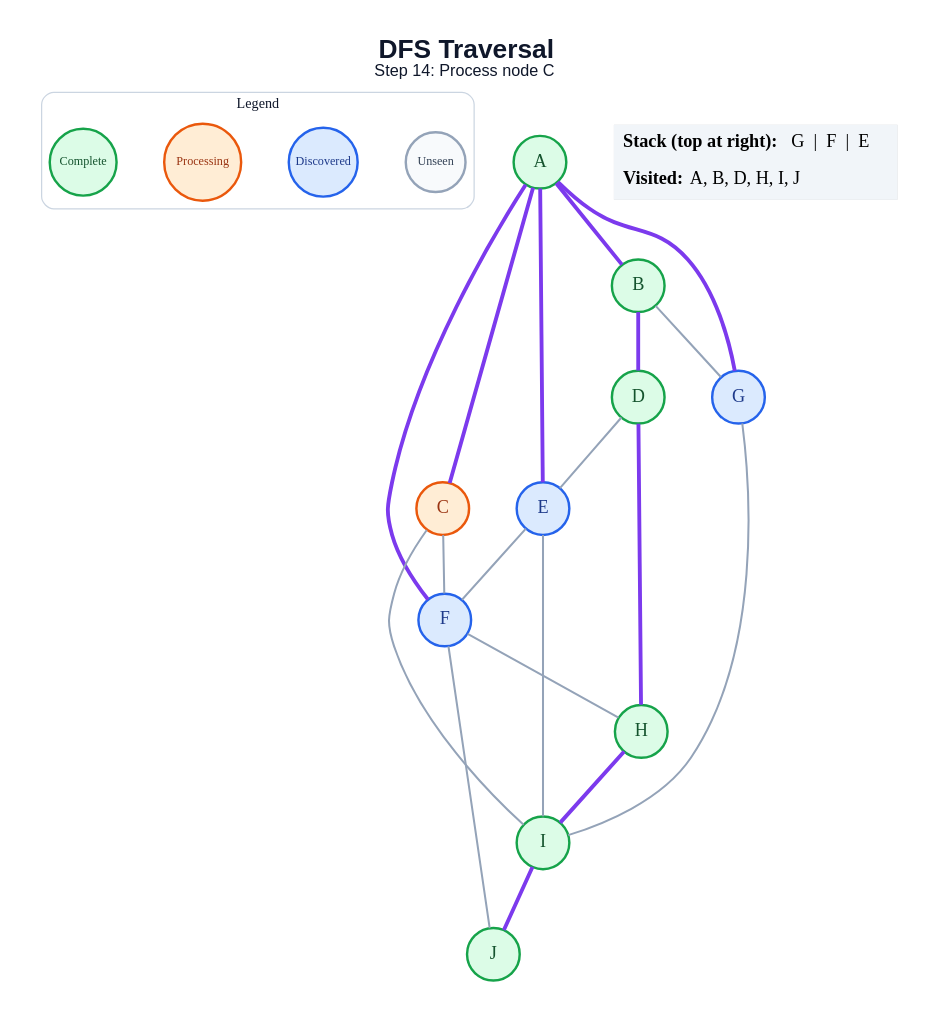
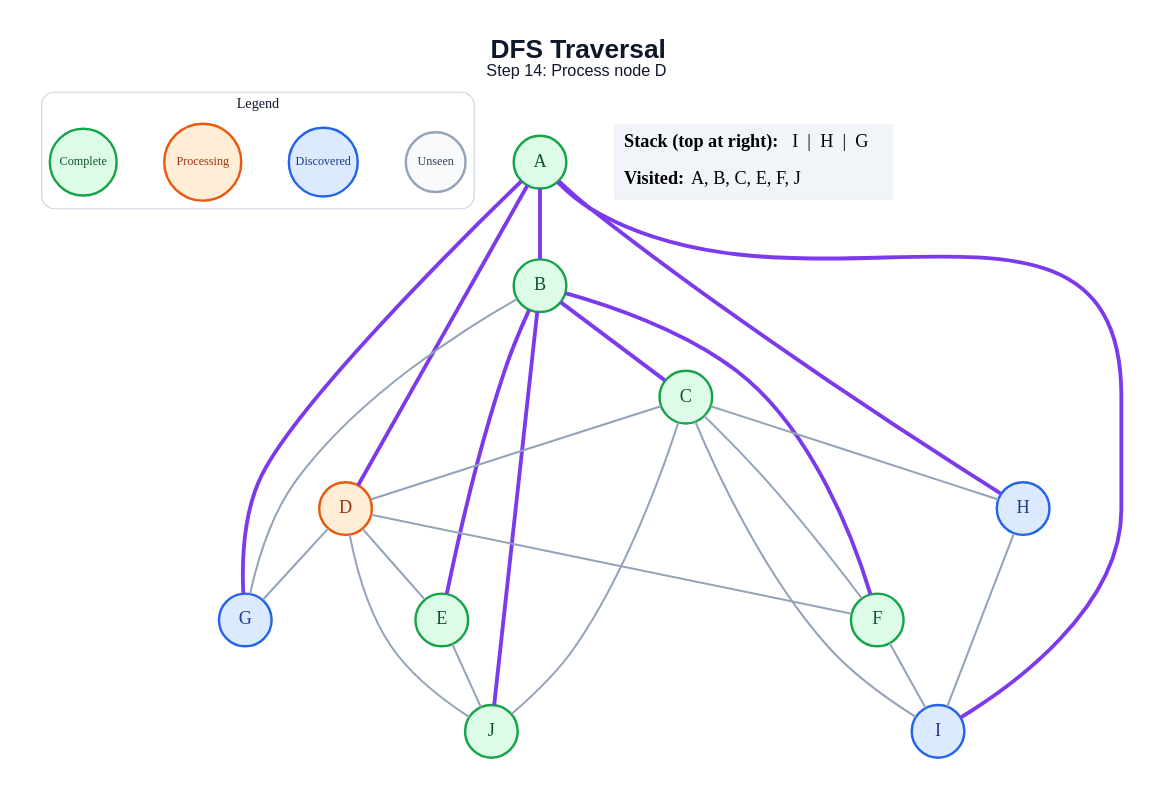
Before and after one commit to amanghodawala9/ai-slop: the diagram in generated/dfs/step_14.dot, drawn with Graphviz. The commit also changed 178 other files, not shown here.

```diff
--- a/generated/dfs/step_14.dot
+++ b/generated/dfs/step_14.dot
@@ -1,47 +1,51 @@
 graph traversal {
   graph [layout=dot, rankdir=TB, bgcolor="#FFFFFF", pad="0.35", nodesep="0.65", ranksep="0.8", fontname="Arial"];
   node [shape=circle, style="filled", fontname="Arial Bold", fontsize=18, width=0.72, fixedsize=true, penwidth=2.4];
   edge [color="#94A3B8", penwidth=2.0];
-  label=<<B>DFS Traversal</B><BR/><FONT POINT-SIZE="16">Step 14: Process node C</FONT>>; labelloc="t"; fontsize=26; fontname="Arial"; fontcolor="#0F172A";
+  label=<<B>DFS Traversal</B><BR/><FONT POINT-SIZE="16">Step 14: Process node D</FONT>>; labelloc="t"; fontsize=26; fontname="Arial"; fontcolor="#0F172A";
   subgraph cluster_legend { label="Legend"; color="#CBD5E1"; penwidth=1.2; style="rounded"; fontsize=14; fontname="Arial Bold";
     key_unseen [label="Unseen", fillcolor="#F8FAFC", color="#94A3B8", fontcolor="#334155", fontsize=12, width=0.82];
     key_frontier [label="Discovered", fillcolor="#DBEAFE", color="#2563EB", fontcolor="#1E3A8A", fontsize=12, width=0.95];
     key_current [label="Processing", fillcolor="#FFEDD5", color="#EA580C", fontcolor="#9A3412", fontsize=12, width=1.05];
     key_done [label="Complete", fillcolor="#DCFCE7", color="#16A34A", fontcolor="#14532D", fontsize=12, width=0.92];
     { rank=same; key_unseen; key_frontier; key_current; key_done; }
   }
   A [fillcolor="#DCFCE7", color="#16A34A", fontcolor="#14532D"];
   B [fillcolor="#DCFCE7", color="#16A34A", fontcolor="#14532D"];
-  C [fillcolor="#FFEDD5", color="#EA580C", fontcolor="#9A3412"];
-  D [fillcolor="#DCFCE7", color="#16A34A", fontcolor="#14532D"];
-  E [fillcolor="#DBEAFE", color="#2563EB", fontcolor="#1E3A8A"];
-  F [fillcolor="#DBEAFE", color="#2563EB", fontcolor="#1E3A8A"];
+  C [fillcolor="#DCFCE7", color="#16A34A", fontcolor="#14532D"];
+  D [fillcolor="#FFEDD5", color="#EA580C", fontcolor="#9A3412"];
+  E [fillcolor="#DCFCE7", color="#16A34A", fontcolor="#14532D"];
+  F [fillcolor="#DCFCE7", color="#16A34A", fontcolor="#14532D"];
   G [fillcolor="#DBEAFE", color="#2563EB", fontcolor="#1E3A8A"];
-  H [fillcolor="#DCFCE7", color="#16A34A", fontcolor="#14532D"];
-  I [fillcolor="#DCFCE7", color="#16A34A", fontcolor="#14532D"];
+  H [fillcolor="#DBEAFE", color="#2563EB", fontcolor="#1E3A8A"];
+  I [fillcolor="#DBEAFE", color="#2563EB", fontcolor="#1E3A8A"];
   J [fillcolor="#DCFCE7", color="#16A34A", fontcolor="#14532D"];
   A -- B [color="#7C3AED", penwidth=3.8];
-  A -- C [color="#7C3AED", penwidth=3.8];
-  A -- E [color="#7C3AED", penwidth=3.8];
-  A -- F [color="#7C3AED", penwidth=3.8];
+  A -- D [color="#7C3AED", penwidth=3.8];
   A -- G [color="#7C3AED", penwidth=3.8];
-  B -- D [color="#7C3AED", penwidth=3.8];
+  A -- H [color="#7C3AED", penwidth=3.8];
+  A -- I [color="#7C3AED", penwidth=3.8];
+  B -- C [color="#7C3AED", penwidth=3.8];
+  B -- E [color="#7C3AED", penwidth=3.8];
+  B -- F [color="#7C3AED", penwidth=3.8];
   B -- G;
+  B -- J [color="#7C3AED", penwidth=3.8];
+  C -- D;
   C -- F;
+  C -- H;
   C -- I;
+  C -- J;
   D -- E;
-  D -- H [color="#7C3AED", penwidth=3.8];
-  E -- F;
-  E -- I;
-  F -- H;
-  F -- J;
-  G -- I;
-  H -- I [color="#7C3AED", penwidth=3.8];
-  I -- J [color="#7C3AED", penwidth=3.8];
+  D -- F;
+  D -- G;
+  D -- J;
+  E -- J;
+  F -- I;
+  H -- I;
   status [shape=plain, fixedsize=false, width=0, height=0, margin=0, label=<
     <TABLE BORDER="0" CELLBORDER="0" CELLPADDING="7" BGCOLOR="#F1F5F9">
-      <TR><TD ALIGN="LEFT"><B>Stack (top at right):</B> G  |  F  |  E</TD></TR>
-      <TR><TD ALIGN="LEFT"><B>Visited:</B> A, B, D, H, I, J</TD></TR>
+      <TR><TD ALIGN="LEFT"><B>Stack (top at right):</B> I  |  H  |  G</TD></TR>
+      <TR><TD ALIGN="LEFT"><B>Visited:</B> A, B, C, E, F, J</TD></TR>
     </TABLE>
   >];
 }
```
